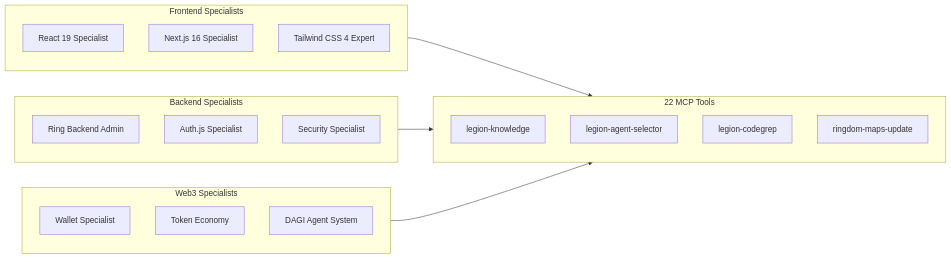
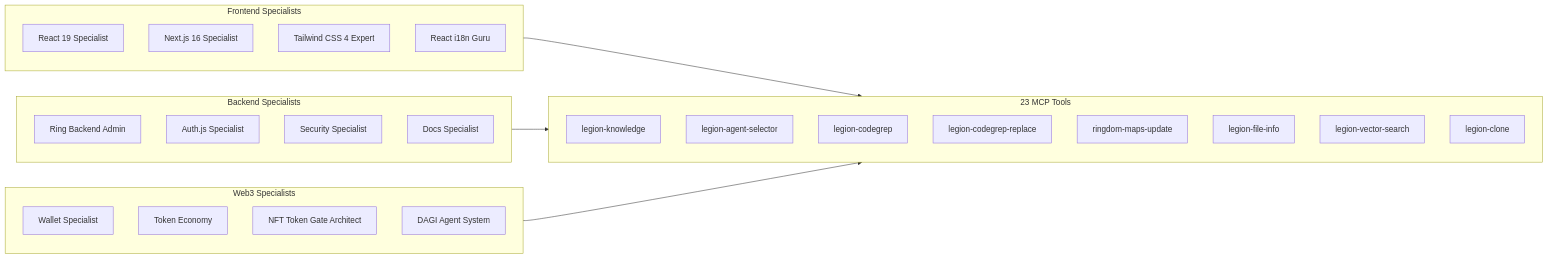
Before and after one commit to connectplatform/ring: the tenth of 10 diagrams in README.md, drawn with Mermaid. The commit also changed other lines of this file and 224 other files, not shown here.

````diff
--- a/README.md
+++ b/README.md
@@ -975,31 +1047,38 @@
 ```mermaid
 flowchart LR
     subgraph Frontend["Frontend Specialists"]
         R19[React 19 Specialist]
         N16[Next.js 16 Specialist]
         TW[Tailwind CSS 4 Expert]
+        I18N[React i18n Guru]
     end
     
     subgraph Backend["Backend Specialists"]
         DBA[Ring Backend Admin]
         AUTH[Auth.js Specialist]
         SEC[Security Specialist]
+        DOCS[Docs Specialist]
     end
     
     subgraph Web3["Web3 Specialists"]
         W3[Wallet Specialist]
         TOK[Token Economy]
+        NFT[NFT Token Gate Architect]
         DAGI[DAGI Agent System]
     end
     
-    subgraph Tools["22 MCP Tools"]
+    subgraph Tools["23 MCP Tools"]
         LK[legion-knowledge]
         AS[legion-agent-selector]
         CG[legion-codegrep]
+        CGR[legion-codegrep-replace]
         MAP[ringdom-maps-update]
+        FI[legion-file-info]
+        VS[legion-vector-search]
+        CL[legion-clone]
     end
     
     Frontend --> Tools
     Backend --> Tools
     Web3 --> Tools
 ```
````
